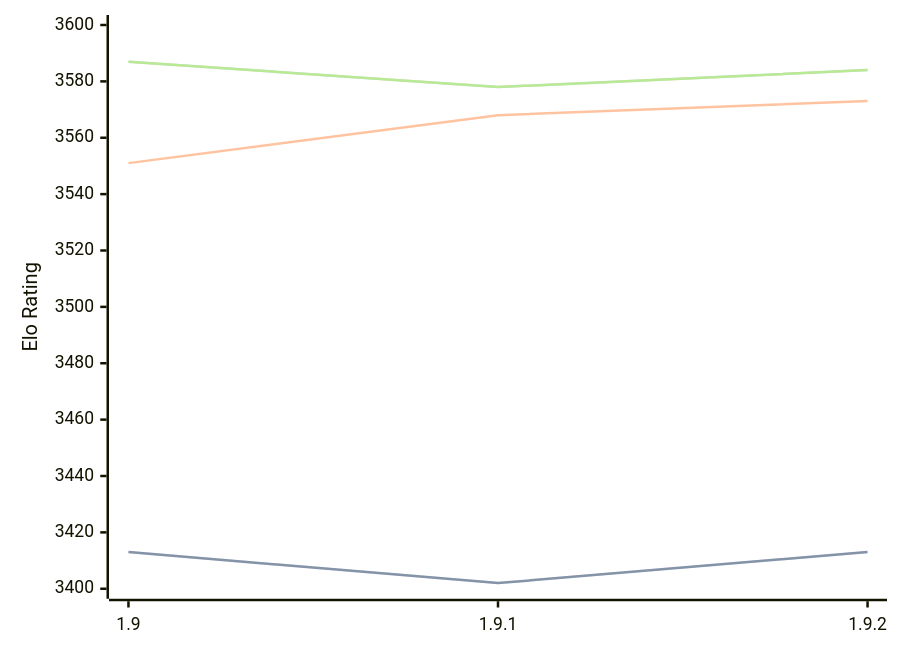
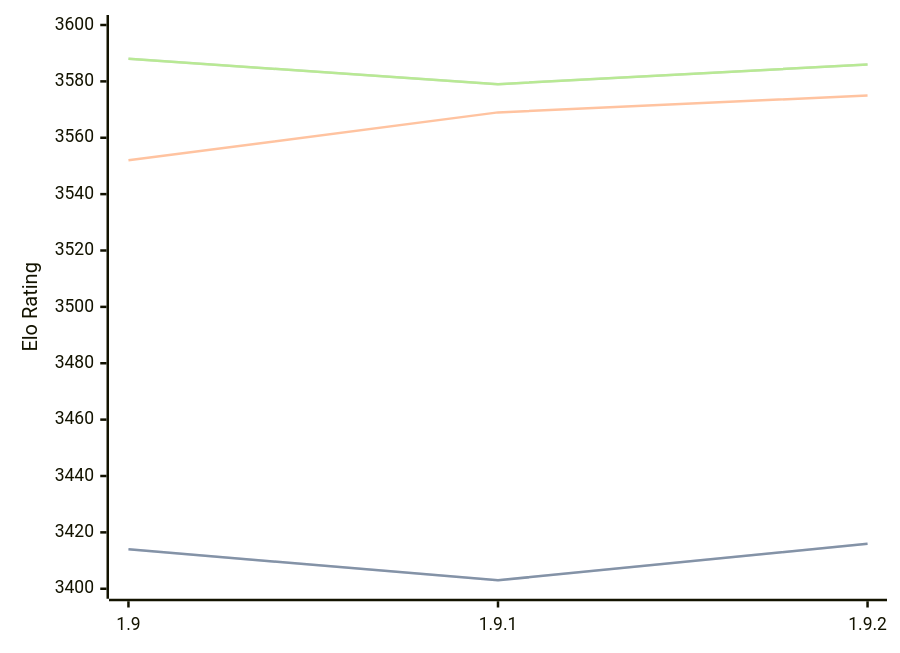
Before and after one commit to computer-chess-index/cci: the diagram in engines/Pawnocchio.md, drawn with Mermaid. The commit also changed other lines of this file, not shown here.

Commit message:
Update CCI Ratings (ELO VLTC) - 2026-02-21

````diff
--- a/engines/Pawnocchio.md
+++ b/engines/Pawnocchio.md
@@ -45,11 +45,11 @@
 ```mermaid
 %%{init: {"theme":"base","themeVariables":{"seriesColors:['#a3a3a3','#222221','#faa371']}}}%%
 xychart-beta
   x-axis ["1.9", "1.9.1", "1.9.2"]
   y-axis "Elo Rating" 3400 --> 3600
-  line "STC (8.0+0.08s)" [3413, 3402, 3413]
-  line "STC (8.0+0.08s)" [3413, 3402, 3413]
-  line "LTC (60.0+0.60s)" [3551, 3568, 3573]
-  line "VLTC (2m24s+1.12s)" [3587, 3578, 3584]
-  line "VLTC (2m24s+1.12s)" [3587, 3578, 3584]
+  line "STC (8.0+0.08s)" [3414, 3403, 3416]
+  line "STC (8.0+0.08s)" [3414, 3403, 3416]
+  line "LTC (60.0+0.60s)" [3552, 3569, 3575]
+  line "VLTC (2m24s+1.12s)" [3588, 3579, 3586]
+  line "VLTC (2m24s+1.12s)" [3588, 3579, 3586]
 ```
````
